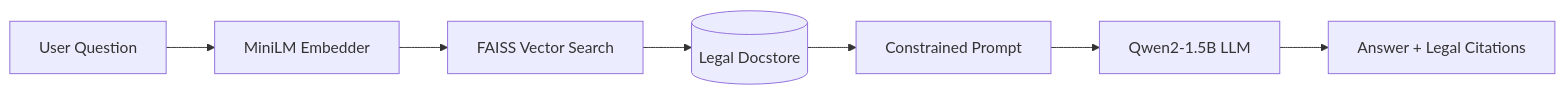
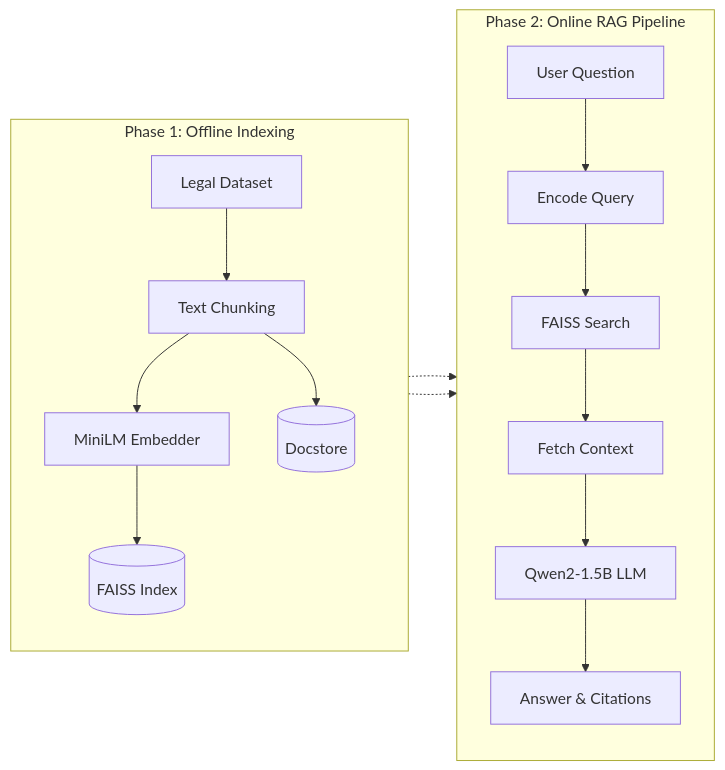
The diagram in README.md (Ein05/vietnam_law_chatbot), drawn with Mermaid before and after one commit. The commit also changed other lines of this file, not shown here.

Commit message:
docs: layout architecture diagram into 2 clean columns

````diff
--- a/README.md
+++ b/README.md
@@ -10,9 +7,21 @@
 ```mermaid
 flowchart LR
-    Query[User Question] --> Embed["MiniLM Embedder"]
-    Embed --> Search["FAISS Vector Search"]
-    Search --> DocStore[("Legal Docstore")]
-    DocStore --> Prompt["Constrained Prompt"]
-    Prompt --> LLM["Qwen2-1.5B LLM"]
-    LLM --> Response["Answer + Legal Citations"]
+    subgraph Offline ["Phase 1: Offline Indexing"]
+        direction TB
+        Data["Legal Dataset"] --> Chunk["Text Chunking"]
+        Chunk --> Embedder["MiniLM Embedder"]
+        Embedder --> FAISS[("FAISS Index")]
+        Chunk --> Docstore[("Docstore")]
+    end
+
+    subgraph Online ["Phase 2: Online RAG Pipeline"]
+        direction TB
+        UserQuery["User Question"] --> Encode["Encode Query"]
+        Encode --> Search["FAISS Search"]
+        FAISS -.-> Search
+        Search --> Context["Fetch Context"]
+        Docstore -.-> Context
+        Context --> LLM["Qwen2-1.5B LLM"]
+        LLM --> Answer["Answer & Citations"]
+    end
 ```
````
